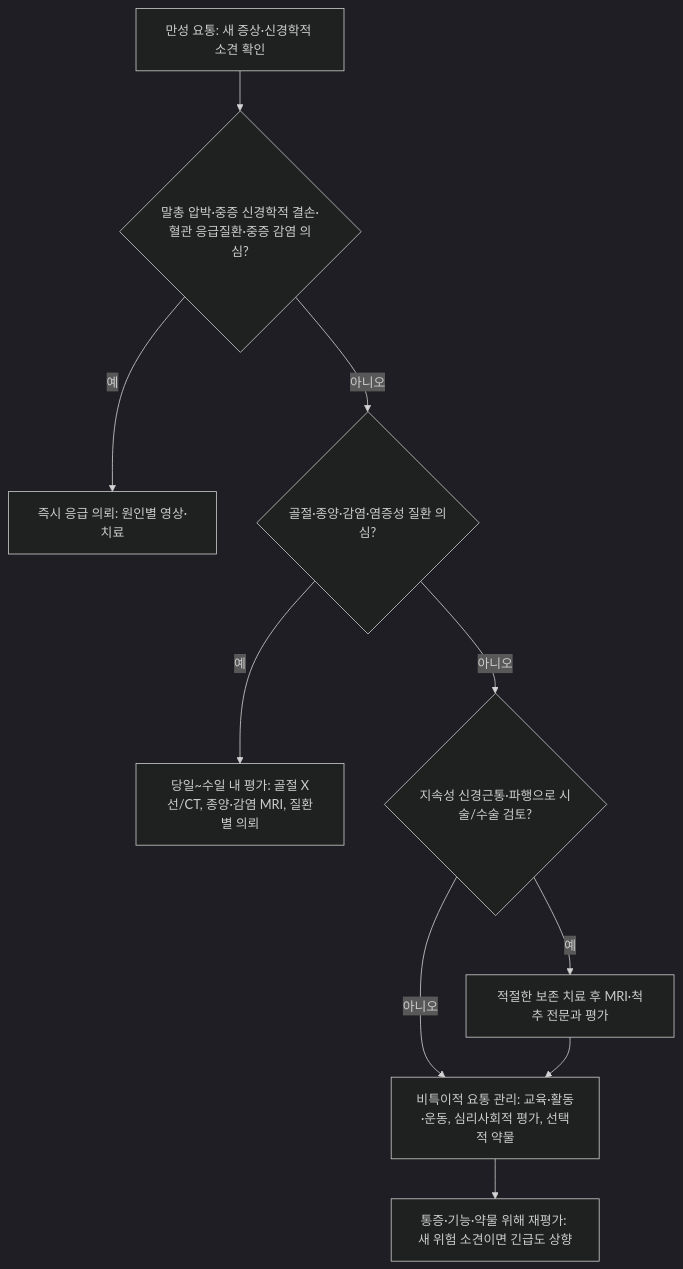
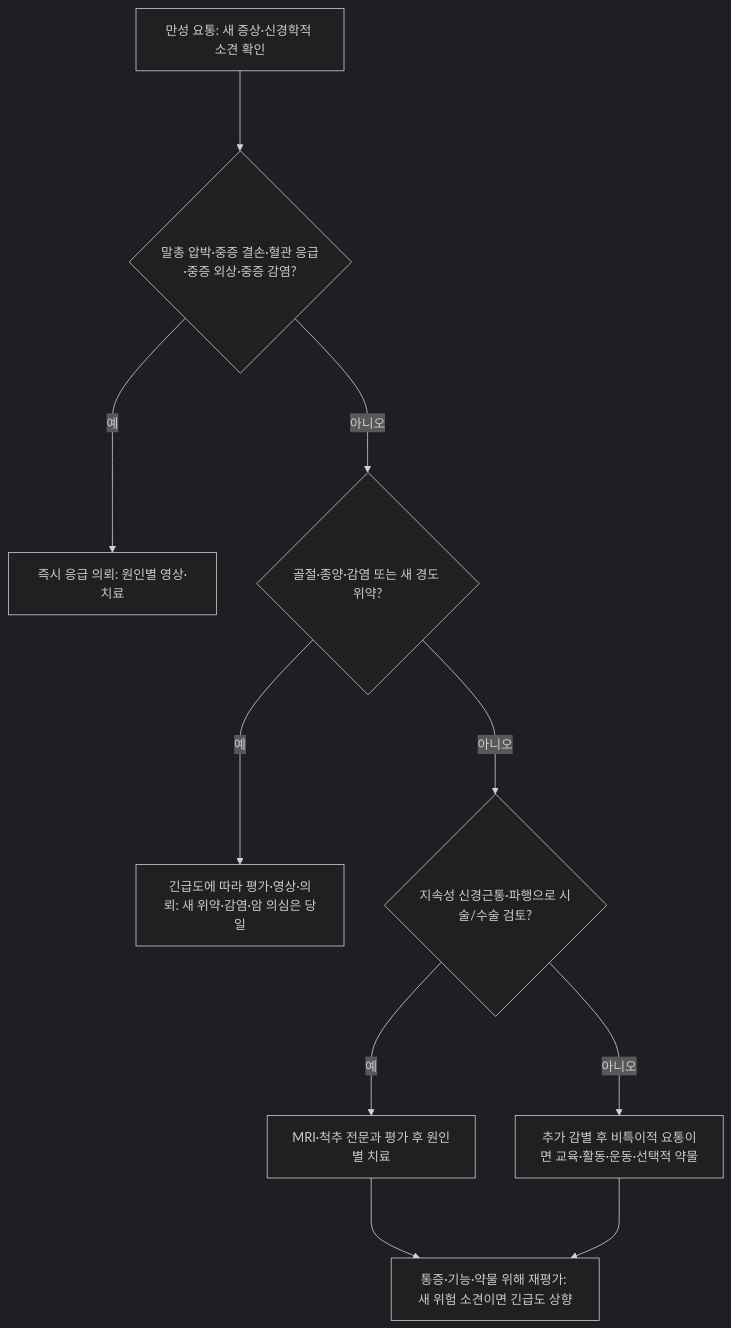
One commit to familyoh77/familyoh77 changed the diagram in 228_/137_-lower-back-pain.md. Above: the diagram before and after it, drawn with Mermaid (dark theme). The commit also changed other lines of this file and 20 other files, not shown here.

````diff
--- a/228_/137_-lower-back-pain.md
+++ b/228_/137_-lower-back-pain.md
@@ -176,12 +183,12 @@
 ```mermaid
 flowchart TD
-    A["만성 요통: 새 증상·신경학적 소견 확인"] --> B{"말총 압박·중증 신경학적 결손·혈관 응급질환·중증 감염 의심?"}
-    B -->|예| C["즉시 응급 의뢰: 원인별 영상·치료"]
-    B -->|아니오| D{"골절·종양·감염·염증성 질환 의심?"}
-    D -->|예| E["당일~수일 내 평가: 골절 X선/CT, 종양·감염 MRI, 질환별 의뢰"]
-    D -->|아니오| F{"지속성 신경근통·파행으로 시술/수술 검토?"}
-    F -->|예| G["적절한 보존 치료 후 MRI·척추 전문과 평가"]
-    F -->|아니오| H["비특이적 요통 관리: 교육·활동·운동, 심리사회적 평가, 선택적 약물"]
-    G --> H
-    H --> I["통증·기능·약물 위해 재평가: 새 위험 소견이면 긴급도 상향"]
+    A["만성 요통: 새 증상·신경학적 소견 확인"] ---> B{"말총 압박·중증 결손·혈관 응급·중증 외상·중증 감염?"}
+    B --->|예| C["즉시 응급 의뢰: 원인별 영상·치료"]
+    B --->|아니오| D{"골절·종양·감염 또는 새 경도 위약?"}
+    D --->|예| E["긴급도에 따라 평가·영상·의뢰: 새 위약·감염·암 의심은 당일"]
+    D --->|아니오| F{"지속성 신경근통·파행으로 시술/수술 검토?"}
+    F --->|예| G["MRI·척추 전문과 평가 후 원인별 치료"]
+    F --->|아니오| H["추가 감별 후 비특이적 요통이면 교육·활동·운동·선택적 약물"]
+    G ---> I
+    H ---> I["통증·기능·약물 위해 재평가: 새 위험 소견이면 긴급도 상향"]
 ```
````
